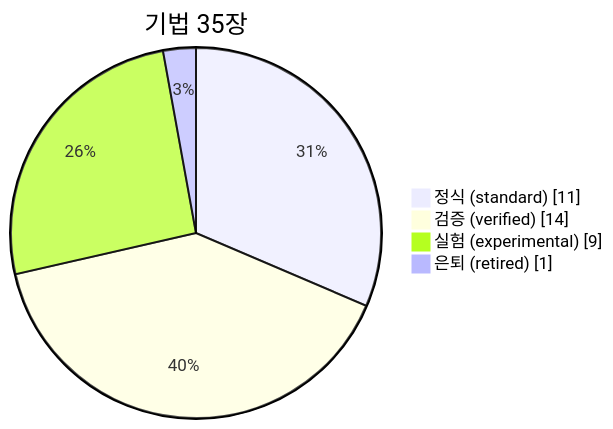
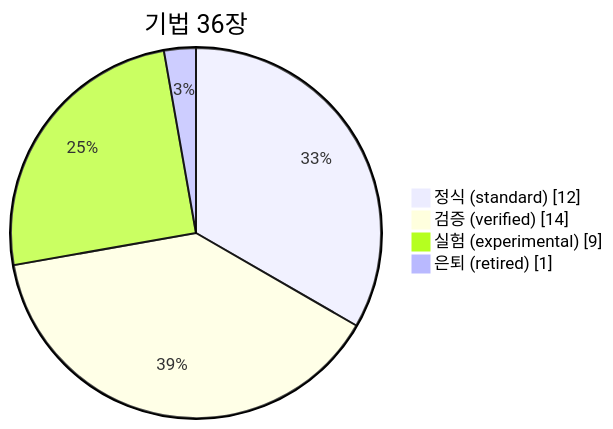
Before and after one commit to csbakk/clone-kb: the diagram in README.md, drawn with Mermaid. The commit also changed other lines of this file and 7 other files, not shown here.

````diff
--- a/README.md
+++ b/README.md
@@ -30,8 +31,8 @@
 ```mermaid
 pie showData
-    title 기법 35장
-    "정식 (standard)" : 11
+    title 기법 36장
+    "정식 (standard)" : 12
     "검증 (verified)" : 14
     "실험 (experimental)" : 9
     "은퇴 (retired)" : 1
 ```
````
